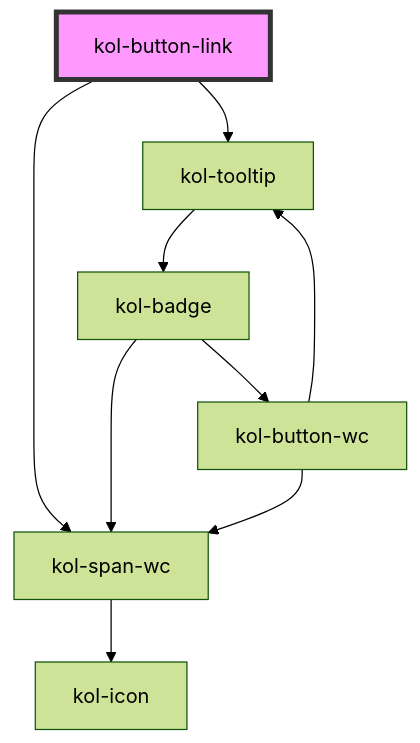
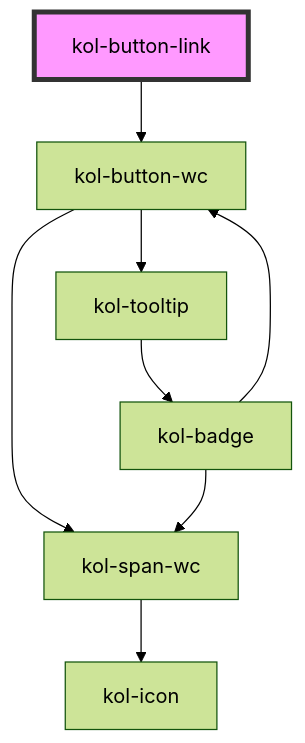
One commit to public-ui/kolibri changed the diagram in packages/library/src/components/button-link/readme.md. Above: the diagram before and after it, drawn with Mermaid (forest theme). The commit also changed other lines of this file and 22 other files, not shown here.

Commit message:
fix: external links, refact link-button and button-link

````diff
--- a/packages/library/src/components/button-link/readme.md
+++ b/packages/library/src/components/button-link/readme.md
@@ -60,12 +58,11 @@
 ```mermaid
 graph TD;
-  kol-button-link --> kol-span-wc
-  kol-button-link --> kol-tooltip
+  kol-button-link --> kol-button-wc
+  kol-button-wc --> kol-span-wc
+  kol-button-wc --> kol-tooltip
   kol-span-wc --> kol-icon
   kol-tooltip --> kol-badge
   kol-badge --> kol-span-wc
   kol-badge --> kol-button-wc
-  kol-button-wc --> kol-span-wc
-  kol-button-wc --> kol-tooltip
   style kol-button-link fill:#f9f,stroke:#333,stroke-width:4px
 ```
````
